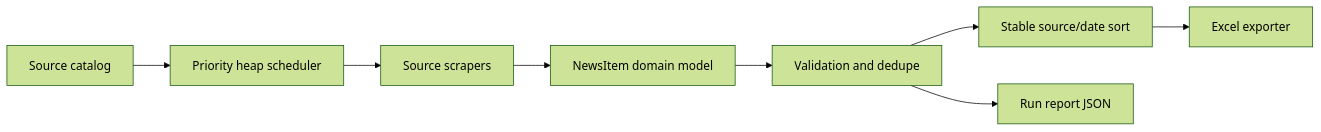
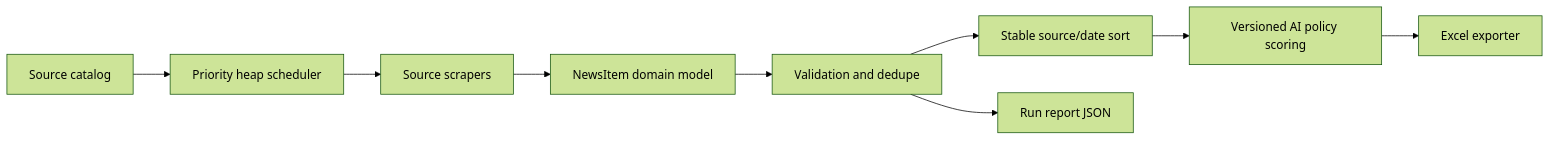
The diagram in ARCHITECTURE.md (ECJura2000/taiwan-government-news-scraper), drawn with Mermaid (forest theme) before and after one commit. The commit also changed other lines of this file and 50 other files, not shown here.

````diff
--- a/ARCHITECTURE.md
+++ b/ARCHITECTURE.md
@@ -5,10 +5,11 @@
 ```mermaid
 flowchart LR
     A[Source catalog] --> B[Priority heap scheduler]
     B --> C[Source scrapers]
     C --> D[NewsItem domain model]
     D --> E[Validation and dedupe]
     E --> F[Stable source/date sort]
-    F --> G[Excel exporter]
+    F --> I[Versioned AI policy scoring]
+    I --> G[Excel exporter]
     E --> H[Run report JSON]
 ```
````
